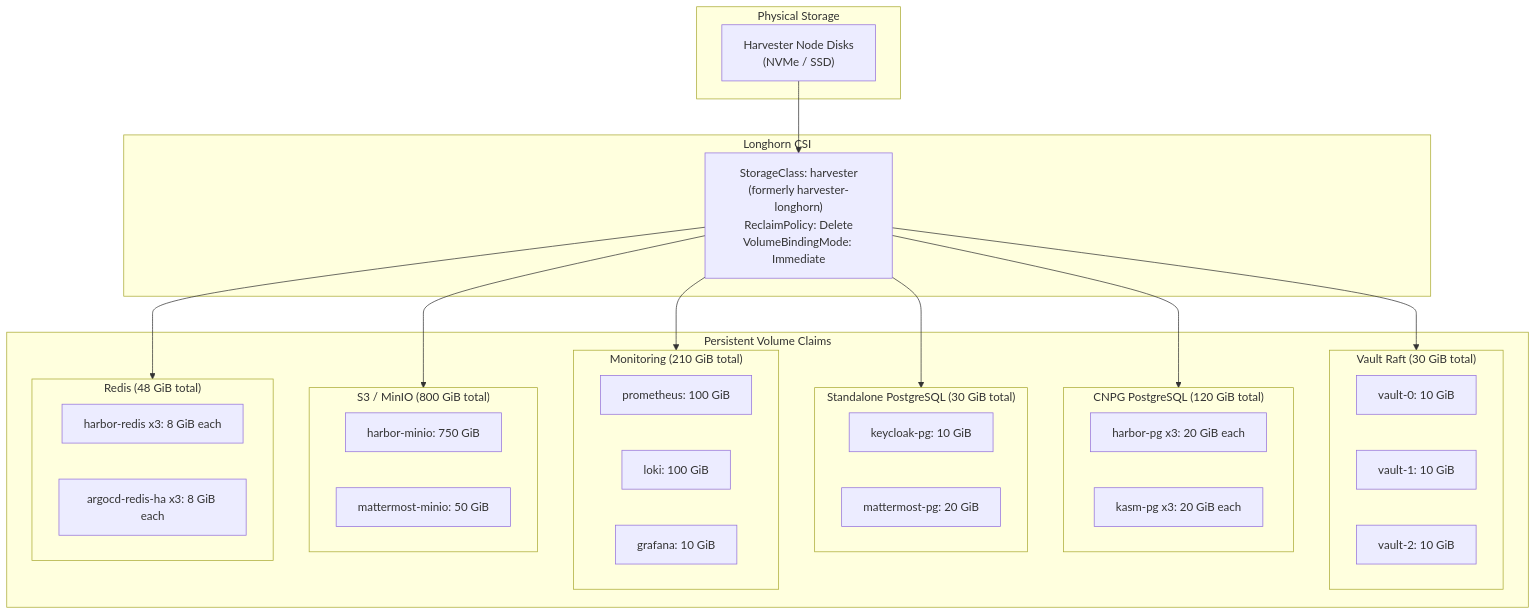
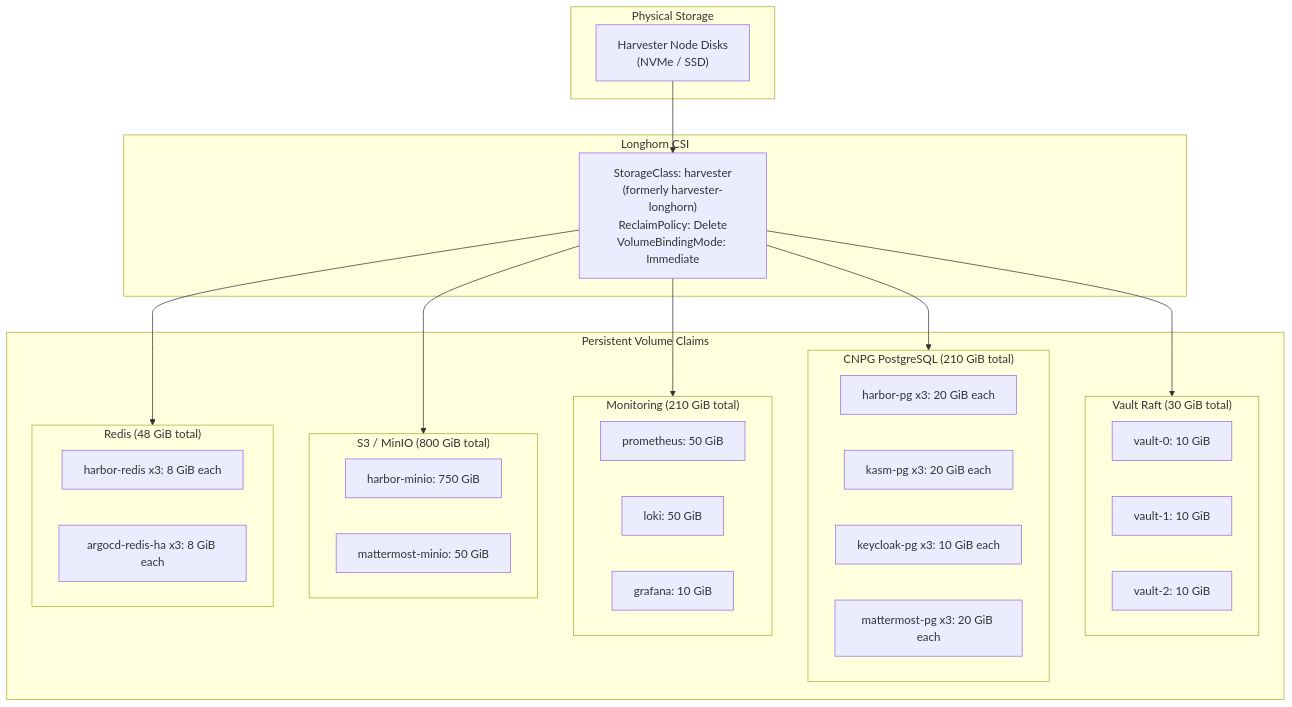
Diagram 12 of 26 in docs/engineering/system-architecture.md (derhornspieler/harvester-rke2-platform), drawn with Mermaid before and after one commit. The commit also changed other lines of this file and 40 other files, not shown here.

````diff
--- a/docs/engineering/system-architecture.md
+++ b/docs/engineering/system-architecture.md
@@ -617,52 +625,48 @@
 ```mermaid
 graph TD
     subgraph Physical["Physical Storage"]
         Disks["Harvester Node Disks<br/>(NVMe / SSD)"]
     end
 
     subgraph Longhorn["Longhorn CSI"]
         SC["StorageClass: harvester<br/>(formerly harvester-longhorn)<br/>ReclaimPolicy: Delete<br/>VolumeBindingMode: Immediate"]
     end
 
     subgraph PVCs["Persistent Volume Claims"]
         subgraph Raft["Vault Raft (30 GiB total)"]
             V0["vault-0: 10 GiB"]
             V1["vault-1: 10 GiB"]
             V2["vault-2: 10 GiB"]
         end
 
-        subgraph CNPG_Vol["CNPG PostgreSQL (120 GiB total)"]
+        subgraph CNPG_Vol["CNPG PostgreSQL (210 GiB total)"]
             HPG["harbor-pg x3: 20 GiB each"]
             KPG["kasm-pg x3: 20 GiB each"]
-        end
-
-        subgraph StandalonePG["Standalone PostgreSQL (30 GiB total)"]
-            KCPG_v["keycloak-pg: 10 GiB"]
-            MMPG_v["mattermost-pg: 20 GiB"]
+            KCPG_v["keycloak-pg x3: 10 GiB each"]
+            MMPG_v["mattermost-pg x3: 20 GiB each"]
         end
 
         subgraph MonVol["Monitoring (210 GiB total)"]
-            PromPVC["prometheus: 100 GiB"]
-            LokiPVC["loki: 100 GiB"]
+            PromPVC["prometheus: 50 GiB"]
+            LokiPVC["loki: 50 GiB"]
             GrafPVC["grafana: 10 GiB"]
         end
 
         subgraph S3Vol["S3 / MinIO (800 GiB total)"]
             HarborS3["harbor-minio: 750 GiB"]
             MMS3["mattermost-minio: 50 GiB"]
         end
 
         subgraph RedisVol["Redis (48 GiB total)"]
             HRedis["harbor-redis x3: 8 GiB each"]
             ARedis["argocd-redis-ha x3: 8 GiB each"]
         end
     end
 
     Disks --> SC
     SC --> Raft
     SC --> CNPG_Vol
-    SC --> StandalonePG
     SC --> MonVol
     SC --> S3Vol
     SC --> RedisVol
 ```
````
